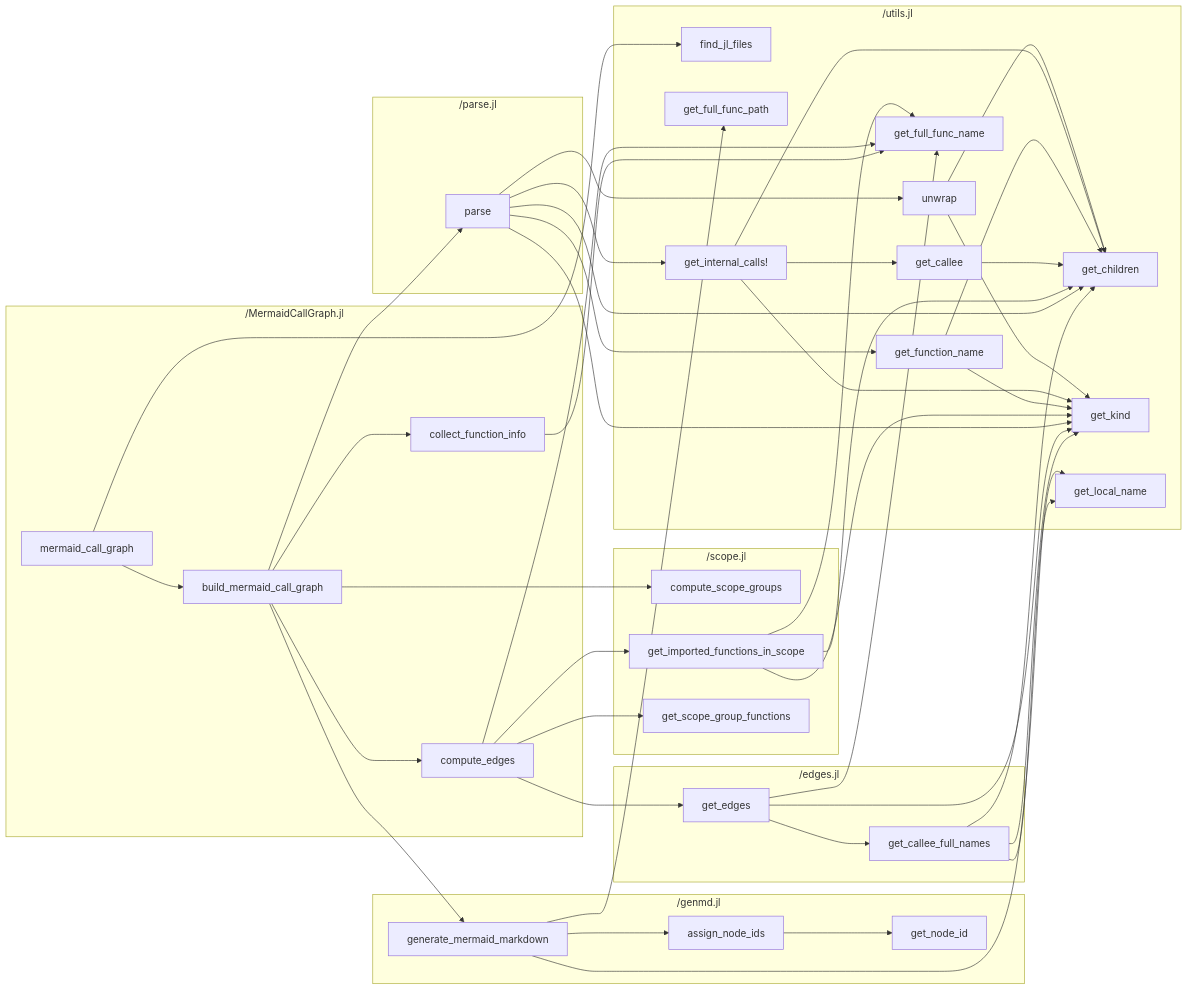
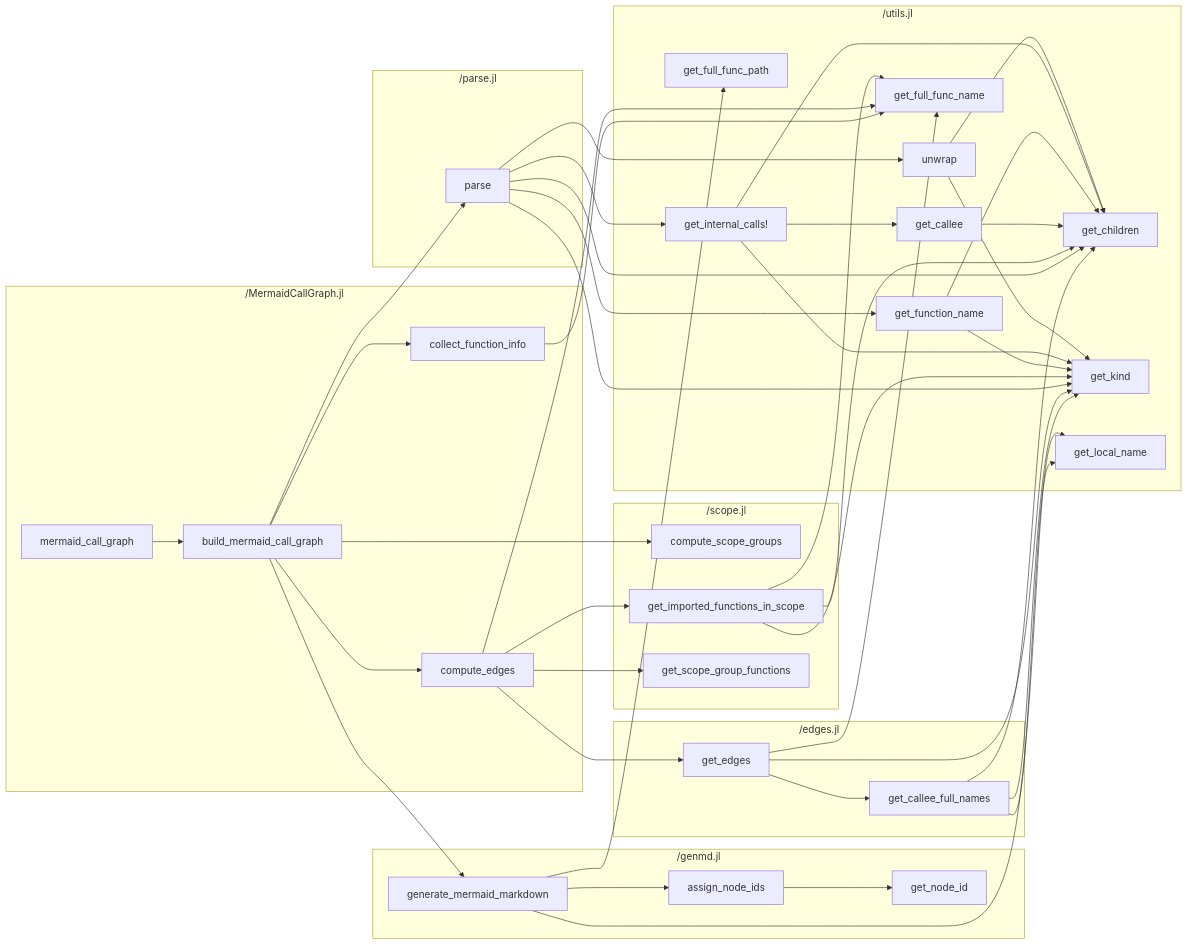
Before and after one commit to t-garin/MermaidCallGraph.jl: the diagram in test/expected_mermaid_call_graph.md, drawn with Mermaid. The commit also changed 2 other files, not shown here.

Commit message:
find_jl_files deleted

````diff
--- a/test/expected_mermaid_call_graph.md
+++ b/test/expected_mermaid_call_graph.md
@@ -1,76 +1,74 @@
 ```mermaid
 flowchart LR
     subgraph "/MermaidCallGraph.jl"
         _MermaidCallGraph_jl_build_mermaid_call_graph["build_mermaid_call_graph"]
         _MermaidCallGraph_jl_collect_function_info["collect_function_info"]
         _MermaidCallGraph_jl_compute_edges["compute_edges"]
         _MermaidCallGraph_jl_mermaid_call_graph["mermaid_call_graph"]
     end
     subgraph "/edges.jl"
         _edges_jl_get_callee_full_names["get_callee_full_names"]
         _edges_jl_get_edges["get_edges"]
     end
     subgraph "/genmd.jl"
         _genmd_jl_assign_node_ids["assign_node_ids"]
         _genmd_jl_generate_mermaid_markdown["generate_mermaid_markdown"]
         _genmd_jl_get_node_id["get_node_id"]
     end
     subgraph "/parse.jl"
         _parse_jl_parse["parse"]
     end
     subgraph "/scope.jl"
         _scope_jl_compute_scope_groups["compute_scope_groups"]
         _scope_jl_get_imported_functions_in_scope["get_imported_functions_in_scope"]
         _scope_jl_get_scope_group_functions["get_scope_group_functions"]
     end
     subgraph "/utils.jl"
-        _utils_jl_find_jl_files["find_jl_files"]
         _utils_jl_get_callee["get_callee"]
         _utils_jl_get_children["get_children"]
         _utils_jl_get_full_func_name["get_full_func_name"]
         _utils_jl_get_full_func_path["get_full_func_path"]
         _utils_jl_get_function_name["get_function_name"]
         _utils_jl_get_internal_calls_["get_internal_calls!"]
         _utils_jl_get_kind["get_kind"]
         _utils_jl_get_local_name["get_local_name"]
         _utils_jl_unwrap["unwrap"]
     end
     _MermaidCallGraph_jl_build_mermaid_call_graph --> _MermaidCallGraph_jl_collect_function_info
     _MermaidCallGraph_jl_build_mermaid_call_graph --> _MermaidCallGraph_jl_compute_edges
     _MermaidCallGraph_jl_build_mermaid_call_graph --> _genmd_jl_generate_mermaid_markdown
     _MermaidCallGraph_jl_build_mermaid_call_graph --> _parse_jl_parse
     _MermaidCallGraph_jl_build_mermaid_call_graph --> _scope_jl_compute_scope_groups
     _MermaidCallGraph_jl_collect_function_info --> _utils_jl_get_full_func_name
     _MermaidCallGraph_jl_compute_edges --> _edges_jl_get_edges
     _MermaidCallGraph_jl_compute_edges --> _scope_jl_get_imported_functions_in_scope
     _MermaidCallGraph_jl_compute_edges --> _scope_jl_get_scope_group_functions
     _MermaidCallGraph_jl_compute_edges --> _utils_jl_get_full_func_name
     _MermaidCallGraph_jl_mermaid_call_graph --> _MermaidCallGraph_jl_build_mermaid_call_graph
-    _MermaidCallGraph_jl_mermaid_call_graph --> _utils_jl_find_jl_files
     _edges_jl_get_callee_full_names --> _utils_jl_get_children
     _edges_jl_get_callee_full_names --> _utils_jl_get_kind
     _edges_jl_get_callee_full_names --> _utils_jl_get_local_name
     _edges_jl_get_edges --> _edges_jl_get_callee_full_names
     _edges_jl_get_edges --> _utils_jl_get_full_func_name
     _edges_jl_get_edges --> _utils_jl_get_kind
     _genmd_jl_assign_node_ids --> _genmd_jl_get_node_id
     _genmd_jl_generate_mermaid_markdown --> _genmd_jl_assign_node_ids
     _genmd_jl_generate_mermaid_markdown --> _utils_jl_get_full_func_path
     _genmd_jl_generate_mermaid_markdown --> _utils_jl_get_local_name
     _parse_jl_parse --> _utils_jl_get_children
     _parse_jl_parse --> _utils_jl_get_function_name
     _parse_jl_parse --> _utils_jl_get_internal_calls_
     _parse_jl_parse --> _utils_jl_get_kind
     _parse_jl_parse --> _utils_jl_unwrap
     _scope_jl_get_imported_functions_in_scope --> _utils_jl_get_children
     _scope_jl_get_imported_functions_in_scope --> _utils_jl_get_full_func_name
     _scope_jl_get_imported_functions_in_scope --> _utils_jl_get_kind
     _utils_jl_get_callee --> _utils_jl_get_children
     _utils_jl_get_function_name --> _utils_jl_get_children
     _utils_jl_get_function_name --> _utils_jl_get_kind
     _utils_jl_get_internal_calls_ --> _utils_jl_get_callee
     _utils_jl_get_internal_calls_ --> _utils_jl_get_children
     _utils_jl_get_internal_calls_ --> _utils_jl_get_kind
     _utils_jl_unwrap --> _utils_jl_get_children
     _utils_jl_unwrap --> _utils_jl_get_kind
 ```
````
